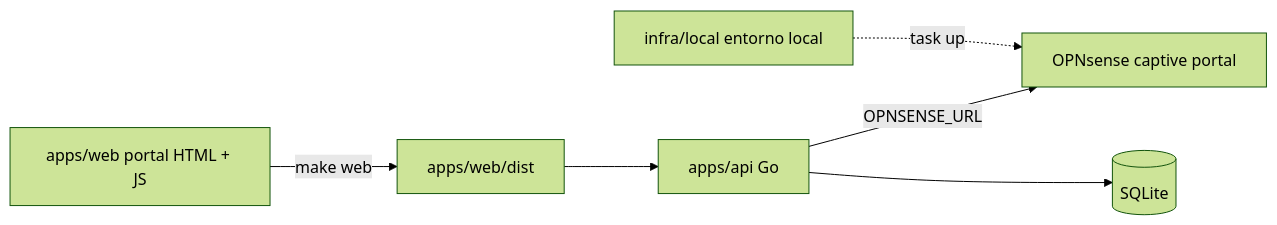
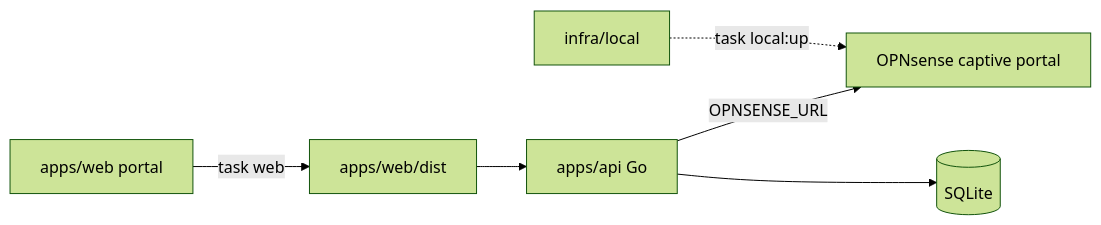
Before and after one commit to TipoTramquilo/byteservices-portal: the diagram in README.md, drawn with Mermaid (forest theme). The commit also changed other lines of this file and 219 other files, not shown here.

````diff
--- a/README.md
+++ b/README.md
@@ -8,8 +253,8 @@
 ```mermaid
 flowchart LR
-  P[apps/web portal HTML + JS] -->|make web| D[apps/web/dist]
+  P[apps/web portal] -->|task web| D[apps/web/dist]
   D --> A[apps/api Go]
   A -->|OPNSENSE_URL| O[OPNsense captive portal]
   A --> DB[(SQLite)]
-  L[infra/local entorno local] -.->|task up| O
+  L[infra/local] -.->|task local:up| O
 ```
````
